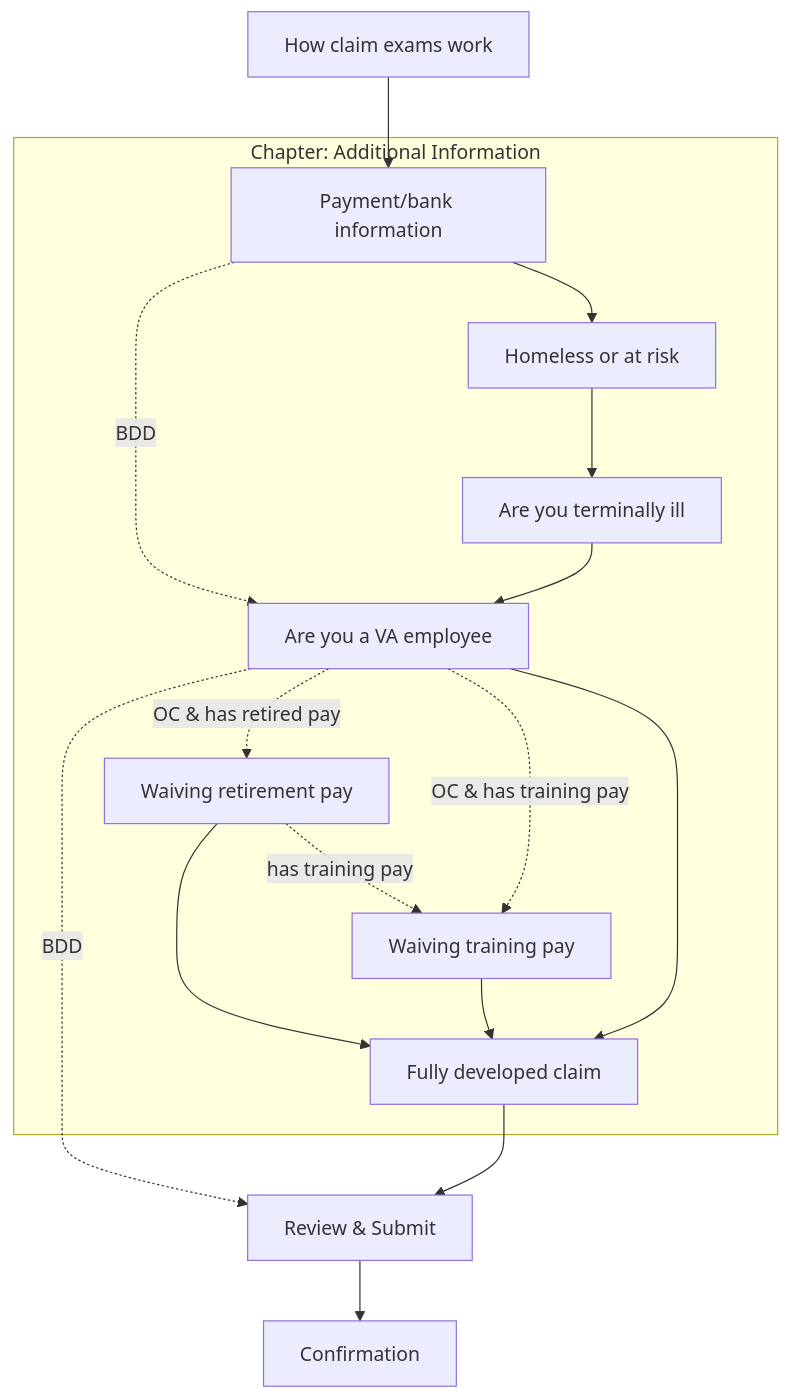
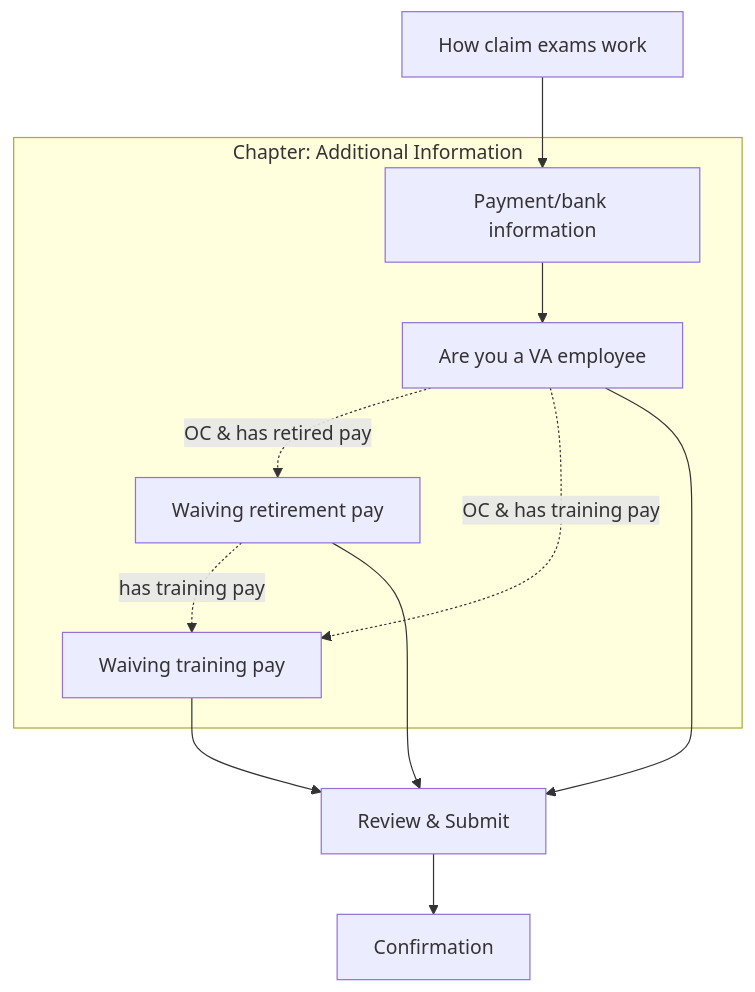
One commit to department-of-veterans-affairs/va.gov-team changed the eighth of 8 diagrams in products/disability/526ez/526-overall-flow.md. Above: the diagram before and after it, drawn with Mermaid. The commit also changed other lines of this file, not shown here.

Commit message:
60662 Update 526 flow diagrams for paper sync

````diff
--- a/products/disability/526ez/526-overall-flow.md
+++ b/products/disability/526ez/526-overall-flow.md
@@ -469,30 +472,25 @@
 ```mermaid
 graph TD
 
     HowClaimsWork[How claim exams work] --> PaymentInfo
 
     subgraph ChapterAddInfo [Chapter: Additional Information]
 
     PaymentInfo[Payment/bank information]
 
-    PaymentInfo -. BDD .-> VaEmployee
-    PaymentInfo --> Homeless[Homeless or at risk]
-    Homeless --> TerminallyIll[Are you terminally ill]
-    TerminallyIll --> VaEmployee[Are you a VA employee]
+    PaymentInfo --> VaEmployee[Are you a VA employee]
 
     VaEmployee -. OC & has retired pay .-> RetiredPayWaiver[Waiving retirement pay]
     RetiredPayWaiver -. has training pay .-> TrainingPayWaiver
-    RetiredPayWaiver --> FDC
+    
 
     VaEmployee -. OC & has training pay .-> TrainingPayWaiver[Waiving training pay]
-    TrainingPayWaiver --> FDC
-
-    VaEmployee --> FDC[Fully developed claim]
-
+    
     end
 
-    VaEmployee -. BDD .-> RS
-    FDC --> RS[Review & Submit]
-    RS --> Confirmation[Confirmation]
+    TrainingPayWaiver --> RS 
+    VaEmployee --> RS
+    RetiredPayWaiver --> RS
+    RS[Review & Submit] --> Confirmation[Confirmation]
 
 ```
````
